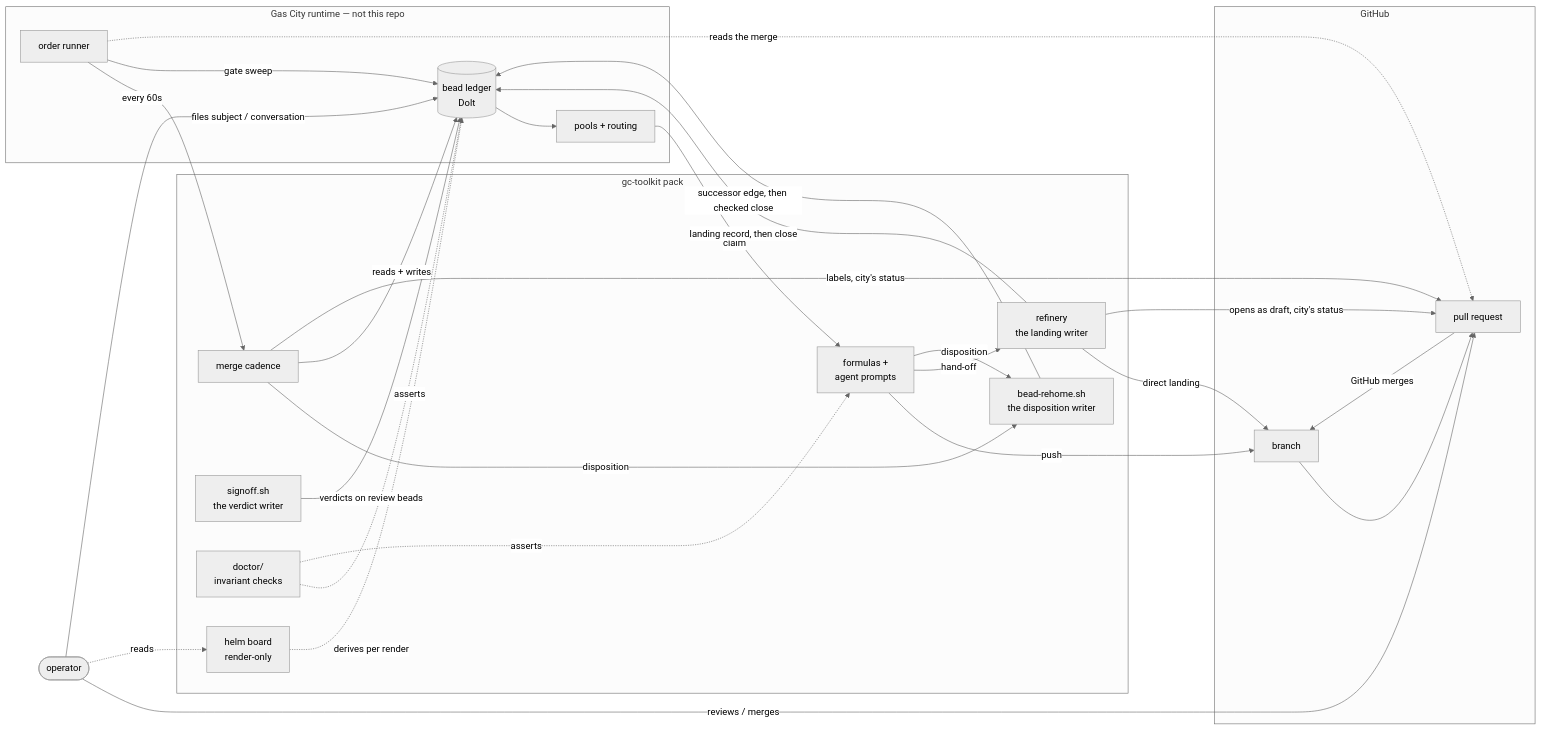
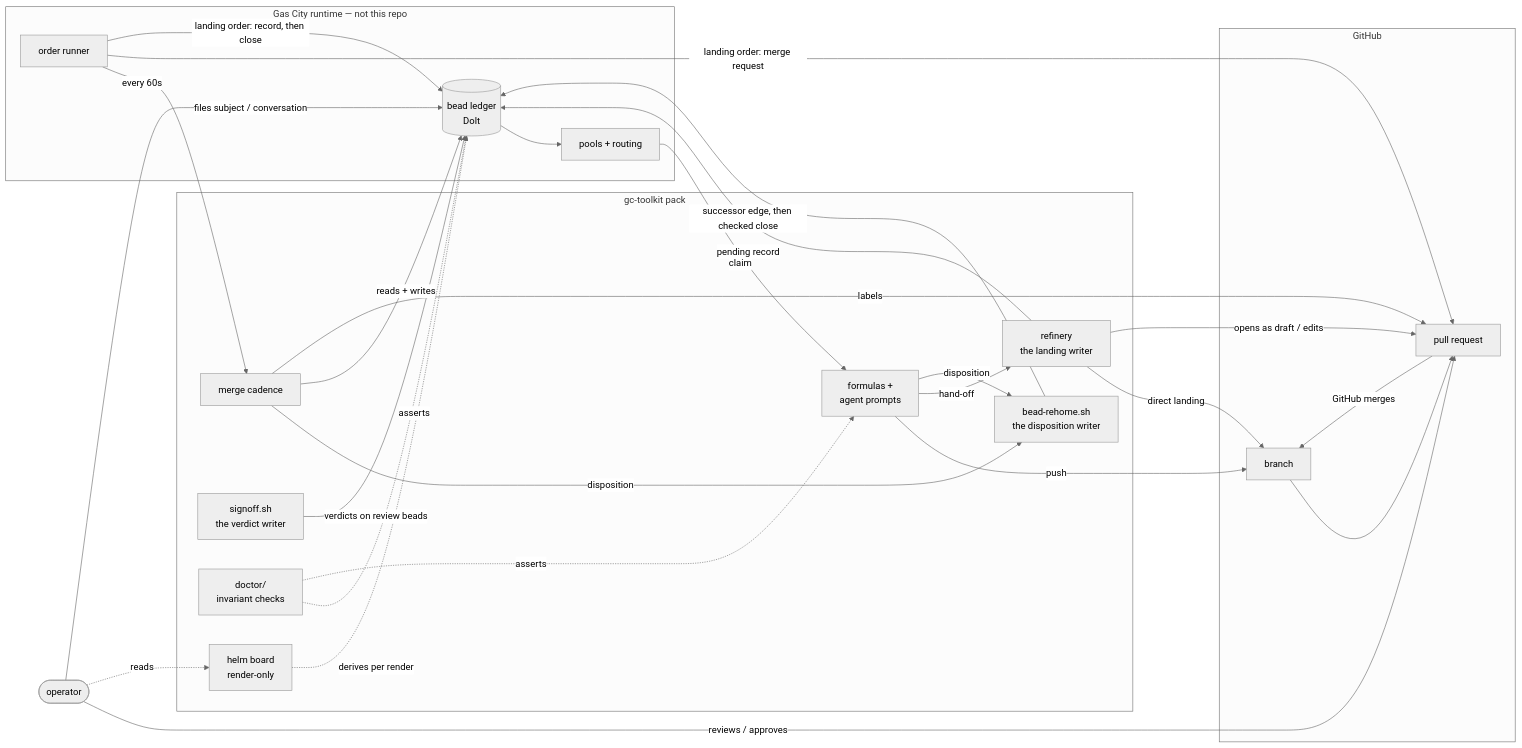
One commit to zookanalytics/gc-toolkit changed the diagram in docs/architecture.md. Above: the diagram before and after it, drawn with Mermaid (neutral theme). The commit also changed other lines of this file and 1 other file, not shown here.

````diff
--- a/docs/architecture.md
+++ b/docs/architecture.md
@@ -40,47 +40,47 @@
 ```mermaid
 flowchart LR
   OP([operator])
   subgraph city["Gas City runtime — not this repo"]
     LEDGER[(bead ledger<br/>Dolt)]
     POOL[pools + routing]
     ORD[order runner]
   end
   subgraph pack["gc-toolkit pack"]
     FORM[formulas +<br/>agent prompts]
     REF[refinery<br/>the landing writer]
     DISP[bead-rehome.sh<br/>the disposition writer]
     CAD[merge cadence]
     SIGN[signoff.sh<br/>the verdict writer]
     DOC[doctor/<br/>invariant checks]
     HELM[helm board<br/>render-only]
   end
   subgraph git["GitHub"]
     BR[branch]
     PR[pull request]
   end
 
   OP -->|files subject / conversation| LEDGER
-  OP -->|reviews / merges| PR
+  OP -->|reviews / approves| PR
   OP -.->|reads| HELM
   LEDGER --> POOL
   POOL -->|claim| FORM
   FORM -->|push| BR
   FORM -->|hand-off| REF
   REF -->|direct landing| BR
-  REF -->|opens as draft, city's status| PR
-  REF -->|landing record, then close| LEDGER
+  REF -->|opens as draft / edits| PR
+  REF -->|pending record| LEDGER
   FORM -->|disposition| DISP
   CAD -->|disposition| DISP
   DISP -->|successor edge, then checked close| LEDGER
   SIGN -->|verdicts on review beads| LEDGER
   ORD -->|every 60s| CAD
-  ORD -->|gate sweep| LEDGER
-  ORD -.->|reads the merge| PR
+  ORD -->|landing order: merge request| PR
+  ORD -->|landing order: record, then close| LEDGER
   CAD -->|reads + writes| LEDGER
-  CAD -->|labels, city's status| PR
+  CAD -->|labels| PR
   BR --> PR
   PR -->|GitHub merges| BR
   HELM -.->|derives per render| LEDGER
   DOC -.->|asserts| LEDGER
   DOC -.->|asserts| FORM
 ```
````
